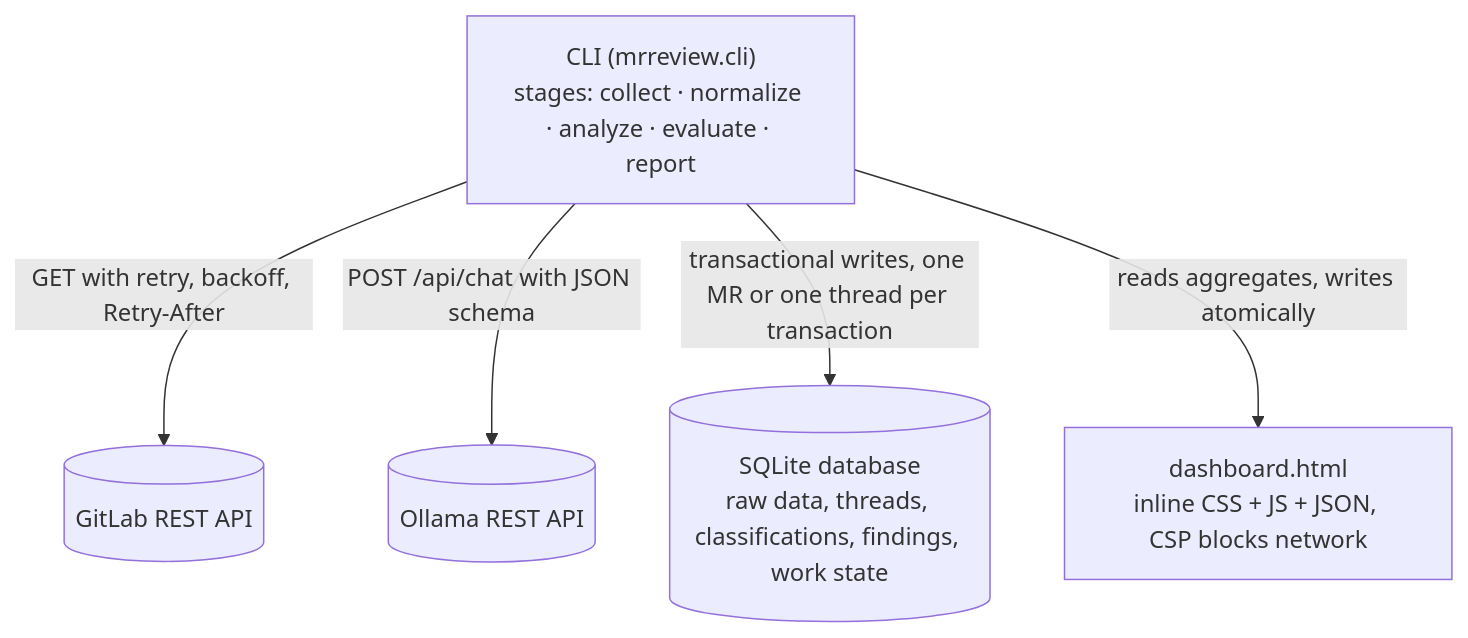
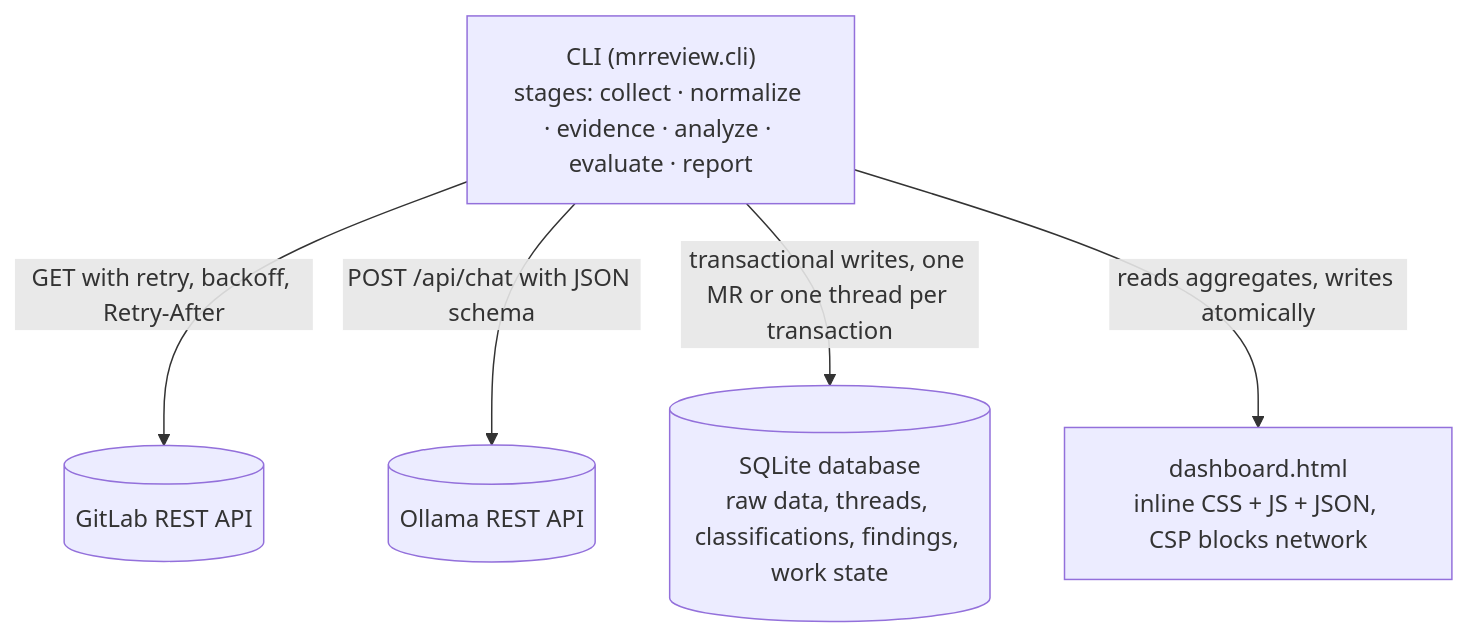
Before and after one commit to marcelpetrick/codingWithGPT: the second of 3 diagrams in 20261126_MR_reviewFeedbackEvaluation/docs/architecture.md, drawn with Mermaid. The commit also changed other lines of this file and 12 other files, not shown here.

````diff
--- a/20261126_MR_reviewFeedbackEvaluation/docs/architecture.md
+++ b/20261126_MR_reviewFeedbackEvaluation/docs/architecture.md
@@ -30,12 +30,12 @@
 ```mermaid
 flowchart TB
-  cli["CLI (mrreview.cli)<br/>stages: collect · normalize · analyze · evaluate · report"]
+  cli["CLI (mrreview.cli)<br/>stages: collect · normalize · evidence · analyze · evaluate · report"]
   db[("SQLite database<br/>raw data, threads, classifications, findings, work state")]
   html["dashboard.html<br/>inline CSS + JS + JSON, CSP blocks network"]
   gitlab[("GitLab REST API")]
   ollama[("Ollama REST API")]
   cli -- "GET with retry, backoff, Retry-After" --> gitlab
   cli -- "POST /api/chat with JSON schema" --> ollama
   cli -- "transactional writes, one MR or one thread per transaction" --> db
   cli -- "reads aggregates, writes atomically" --> html
 ```
````
